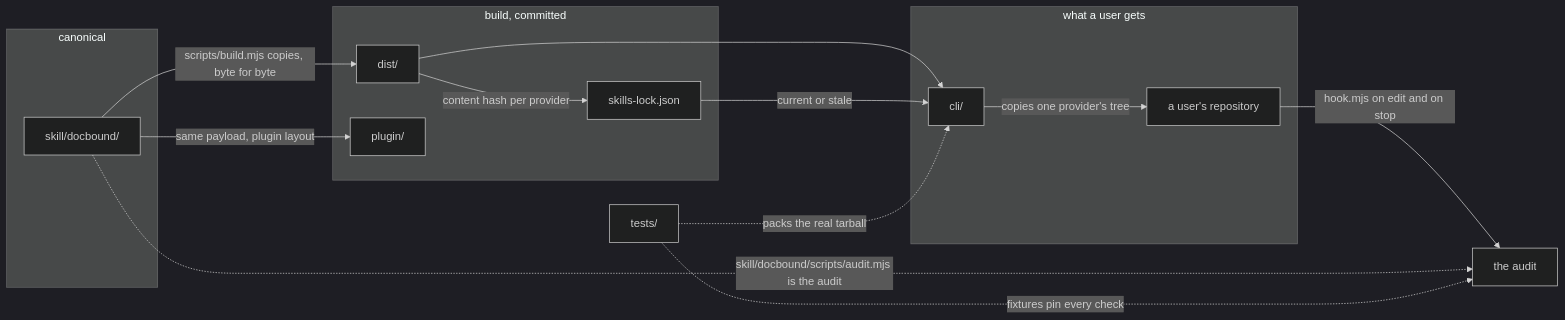
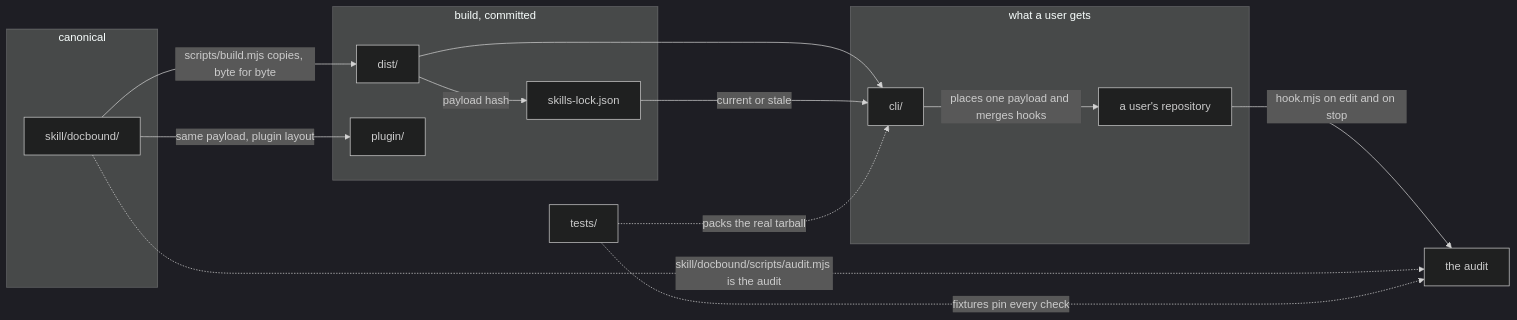
The diagram in docs/ARCHITECTURE.md (montcao/docbound), drawn with Mermaid (dark theme) before and after one commit. The commit also changed other lines of this file and 136 other files, not shown here.

````diff
--- a/docs/ARCHITECTURE.md
+++ b/docs/ARCHITECTURE.md
@@ -12,28 +12,28 @@
 ```mermaid
 flowchart LR
   subgraph source [canonical]
     skill["skill/docbound/"]
   end
 
   subgraph build [build, committed]
     dist["dist/"]
     plugin["plugin/"]
     lock["skills-lock.json"]
   end
 
   subgraph ship [what a user gets]
     cli["cli/"]
     project["a user's repository"]
   end
 
   skill -->|"scripts/build.mjs copies, byte for byte"| dist
   skill -->|"same payload, plugin layout"| plugin
-  dist -->|"content hash per provider"| lock
-  cli -->|"copies one provider's tree"| project
+  dist -->|"payload hash"| lock
+  cli -->|"places one payload and merges hooks"| project
   dist --> cli
   lock -->|"current or stale"| cli
   project -->|"hook.mjs on edit and on stop"| audit["the audit"]
   skill -.->|"skill/docbound/scripts/audit.mjs is the audit"| audit
   tests["tests/"] -.->|"fixtures pin every check"| audit
   tests -.->|"packs the real tarball"| cli
 ```
````
